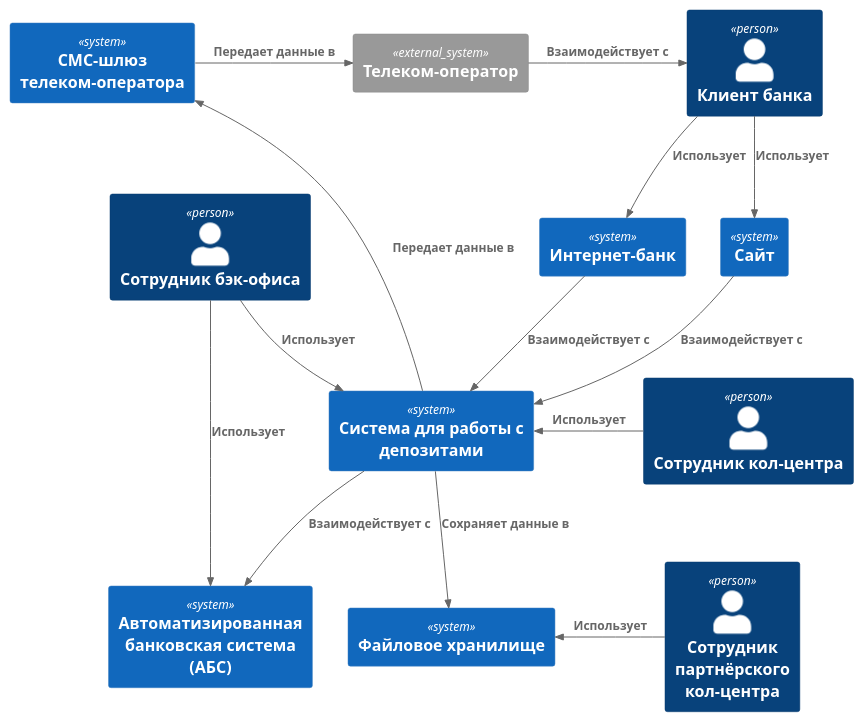
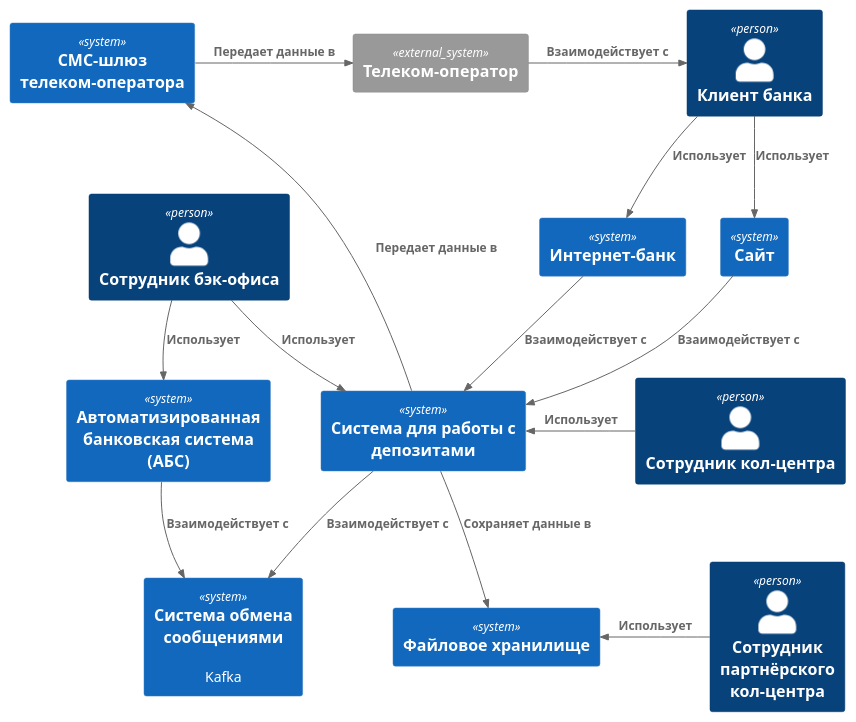
The diagram in Task4/Context.puml (vsevolod-nikitin/yandex-practicum-architecture-pro-standart), drawn with PlantUML before and after one commit. The commit also changed 5 other files, not shown here.

Commit message:
Изменение схем заданий 3, 4

```diff
--- a/Task4/Context.puml
+++ b/Task4/Context.puml
@@ -1,37 +1,39 @@
 @startuml Context
 !include https://raw.githubusercontent.com/plantuml-stdlib/C4-PlantUML/master/C4_Context.puml
 
 Person(client, "Клиент банка")
 Person(backEmployee, "Сотрудник бэк-офиса")
 Person(callerEmployee, "Сотрудник кол-центра")
 Person(externalPartnerEmployee, "Сотрудник партнёрского кол-центра")
 
 System(website, "Сайт")
 System(internetBank, "Интернет-банк")
 System(depositSystem, "Система для работы с депозитами")
 System(abs, "Автоматизированная банковская система (АБС)")
 System(smsGateway, "СМС-шлюз телеком-оператора")
+System(messageBroker, "Система обмена сообщениями", "Kafka")
 System(fileArchive, "Файловое хранилище")
 
 System_Ext(telecomOperator, "Телеком-оператор")
 
 Rel(client, internetBank, "Использует")
 Rel(client, website, "Использует")
 
 Rel(backEmployee, depositSystem, "Использует")
 Rel(backEmployee, abs, "Использует")
 Rel_L(callerEmployee, depositSystem, "Использует")
 Rel(internetBank, depositSystem, "Взаимодействует с")
 Rel(website, depositSystem, "Взаимодействует с")
 
 Rel_L(depositSystem, smsGateway, "Передает данные в")
-Rel(depositSystem, abs, "Взаимодействует с")
+Rel(depositSystem, messageBroker, "Взаимодействует с")
+Rel(abs, messageBroker, "Взаимодействует с")
 Rel(depositSystem, fileArchive, "Сохраняет данные в")
 
 Rel_R(smsGateway, telecomOperator, "Передает данные в")
 Rel_R(telecomOperator, client, "Взаимодействует с")
 Rel_L(externalPartnerEmployee, fileArchive, "Использует")
 
 LAYOUT_TOP_DOWN()
 
 @enduml
```
